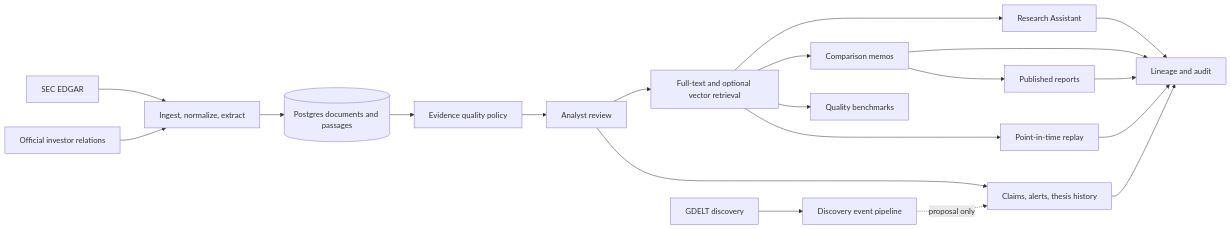
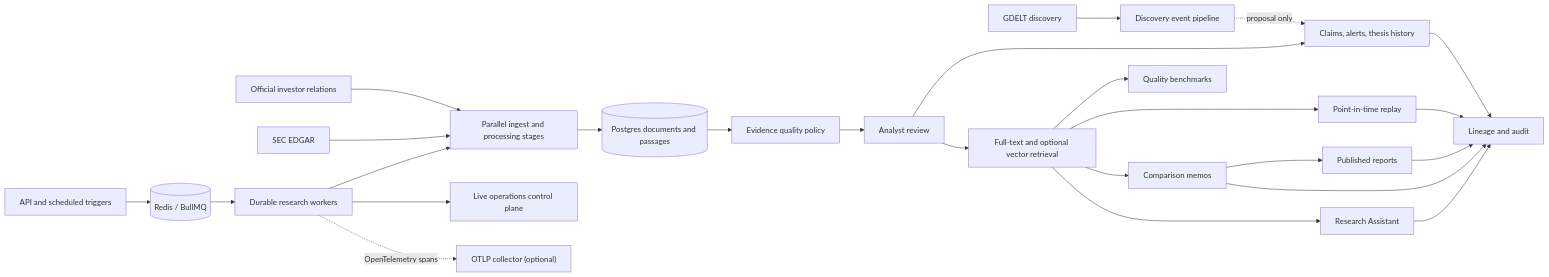
One commit to timwong101/ai-infra-terminal changed the first of 2 diagrams in README.md. Above: the diagram before and after it, drawn with Mermaid. The commit also changed other lines of this file and 25 other files, not shown here.

Commit message:
feat: add durable research pipeline

````diff
--- a/README.md
+++ b/README.md
@@ -64,26 +64,31 @@
 ```mermaid
 flowchart LR
-    SEC["SEC EDGAR"] --> INGEST["Ingest, normalize, extract"]
+    SCHEDULE["API and scheduled triggers"] --> REDIS[("Redis / BullMQ")]
+    REDIS --> WORKER["Durable research workers"]
+    WORKER --> INGEST["Parallel ingest and processing stages"]
+    SEC["SEC EDGAR"] --> INGEST
     IR["Official investor relations"] --> INGEST
     GDELT["GDELT discovery"] --> EVENTS["Discovery event pipeline"]
 
     INGEST --> DOCS[("Postgres documents and passages")]
     DOCS --> QUALITY["Evidence quality policy"]
     QUALITY --> REVIEW["Analyst review"]
     REVIEW --> SEARCH["Full-text and optional vector retrieval"]
 
     SEARCH --> ASK["Research Assistant"]
     SEARCH --> MEMO["Comparison memos"]
     MEMO --> REPORT["Published reports"]
     SEARCH --> BENCH["Quality benchmarks"]
     SEARCH --> REPLAY["Point-in-time replay"]
 
     REVIEW --> THESES["Claims, alerts, thesis history"]
     EVENTS -. "proposal only" .-> THESES
 
     ASK --> LINEAGE["Lineage and audit"]
     MEMO --> LINEAGE
     REPORT --> LINEAGE
     REPLAY --> LINEAGE
     THESES --> LINEAGE
+    WORKER --> OPS["Live operations control plane"]
+    WORKER -. "OpenTelemetry spans" .-> OTEL["OTLP collector (optional)"]
 ```
````
